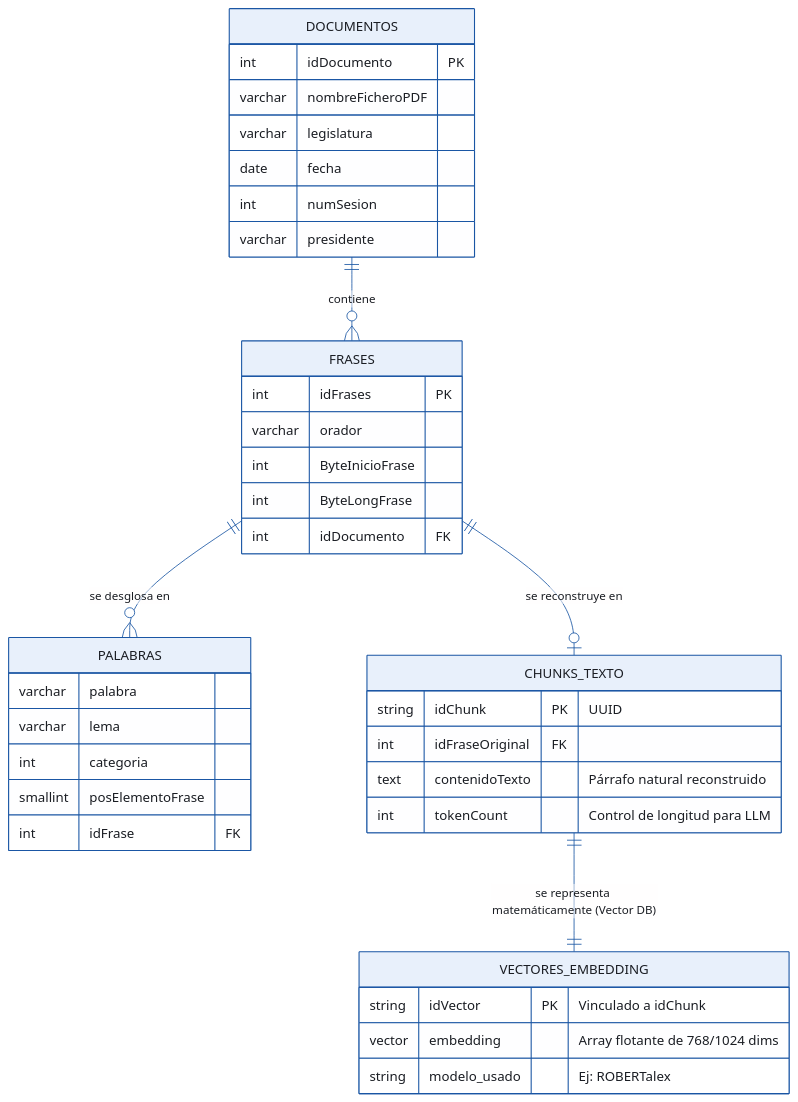
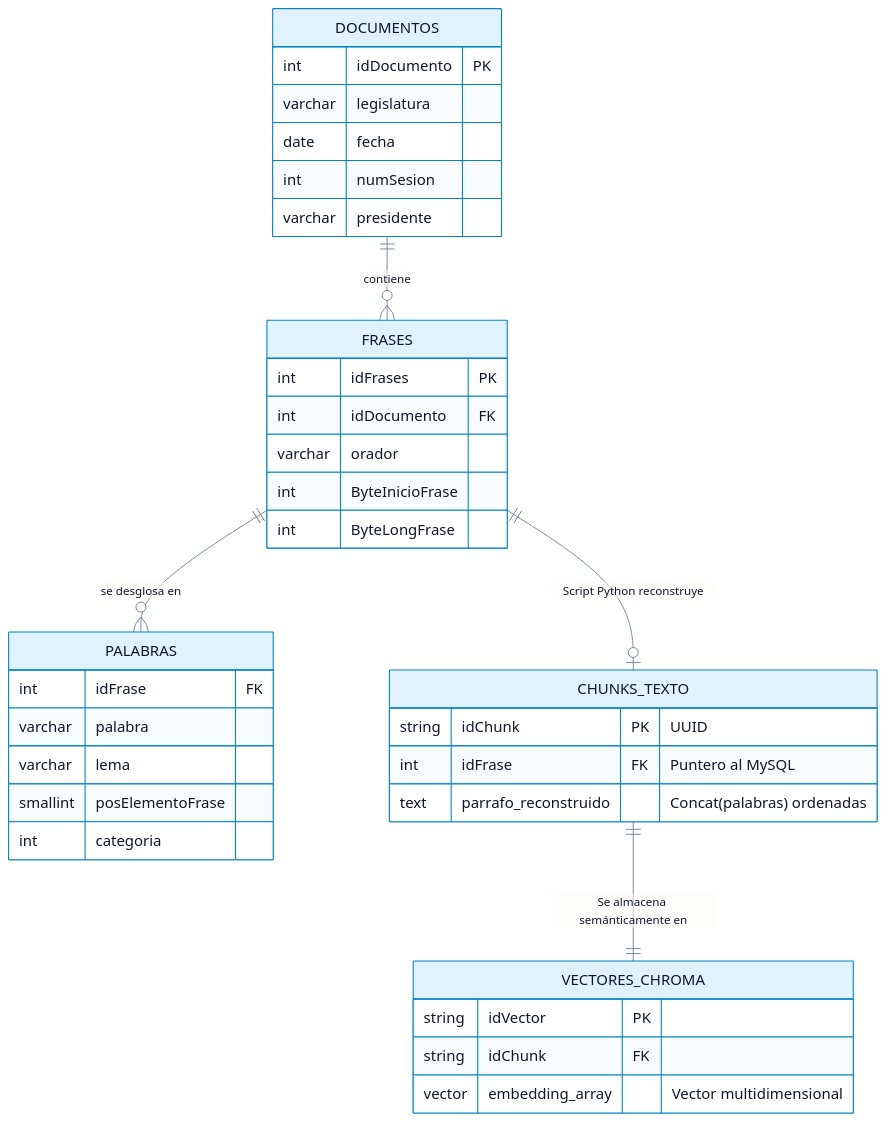
One commit to DavidSMtl/TFT_RAG_DISECAN changed the diagram in docs/design/erDiagram.md. Above: the diagram before and after it, drawn with Mermaid. The commit also changed 13 other files, not shown here.

````diff
--- a/docs/design/erDiagram.md
+++ b/docs/design/erDiagram.md
@@ -1,61 +1,62 @@
 ```mermaid
 %%{
   init: {
     'theme': 'base',
     'themeVariables': {
-      'primaryColor': '#e8f0fb',
-      'primaryBorderColor': '#1a56a4',
-      'primaryTextColor': '#1a1d23',
-      'lineColor': '#1a56a4'
+      'primaryColor': '#e0f2fe',
+      'primaryBorderColor': '#0284c7',
+      'primaryTextColor': '#0f172a',
+      'lineColor': '#64748b',
+      'attributeBackgroundColorEven': '#f0f9ff',
+      'attributeBackgroundColorOdd': '#ffffff',
+      'fontSize': '18px'
     }
   }
 }%%
 erDiagram
-    %% BLOQUE 1: METADATOS HEREDADOS (DiSeCan / IATEXT)
+    %% BLOQUE 1: BASE DE DATOS FÍSICA (MySQL DiSeCan)
     DOCUMENTOS {
         int idDocumento PK
-        varchar nombreFicheroPDF
         varchar legislatura
         date fecha
         int numSesion
         varchar presidente
     }
 
     FRASES {
         int idFrases PK
+        int idDocumento FK
         varchar orador
         int ByteInicioFrase
         int ByteLongFrase
-        int idDocumento FK
     }
 
     PALABRAS {
+        int idFrase FK
         varchar palabra
         varchar lema
+        smallint posElementoFrase
         int categoria
-        smallint posElementoFrase
-        int idFrase FK
     }
 
-    %% BLOQUE 2: NUEVA CAPA DE CONTEXTO Y RAG (Tu aportación)
+    %% BLOQUE 2: ECOSISTEMA RAG (Lógico y ChromaDB)
     CHUNKS_TEXTO {
         string idChunk PK "UUID"
-        int idFraseOriginal FK
-        text contenidoTexto "Párrafo natural reconstruido"
-        int tokenCount "Control de longitud para LLM"
+        int idFrase FK "Puntero al MySQL"
+        text parrafo_reconstruido "Concat(palabras) ordenadas"
     }
 
-    VECTORES_EMBEDDING {
-        string idVector PK "Vinculado a idChunk"
-        vector embedding "Array flotante de 768/1024 dims"
-        string modelo_usado "Ej: ROBERTalex"
+    VECTORES_CHROMA {
+        string idVector PK
+        string idChunk FK
+        vector embedding_array "Vector multidimensional"
     }
 
-    %% RELACIONES
+    %% RELACIONES DEL ESQUEMA
     DOCUMENTOS ||--o{ FRASES : "contiene"
     FRASES ||--o{ PALABRAS : "se desglosa en"
     
-    %% El puente entre el mundo relacional y el semántico
-    FRASES ||--o| CHUNKS_TEXTO : "se reconstruye en"
-    CHUNKS_TEXTO ||--|| VECTORES_EMBEDDING : "se representa matemáticamente (Vector DB)"
+    %% PUENTE ENTRE MYSQL Y RAG
+    FRASES ||--o| CHUNKS_TEXTO : "Script Python reconstruye"
+    CHUNKS_TEXTO ||--|| VECTORES_CHROMA : "Se almacena semánticamente en"
 ```
````
